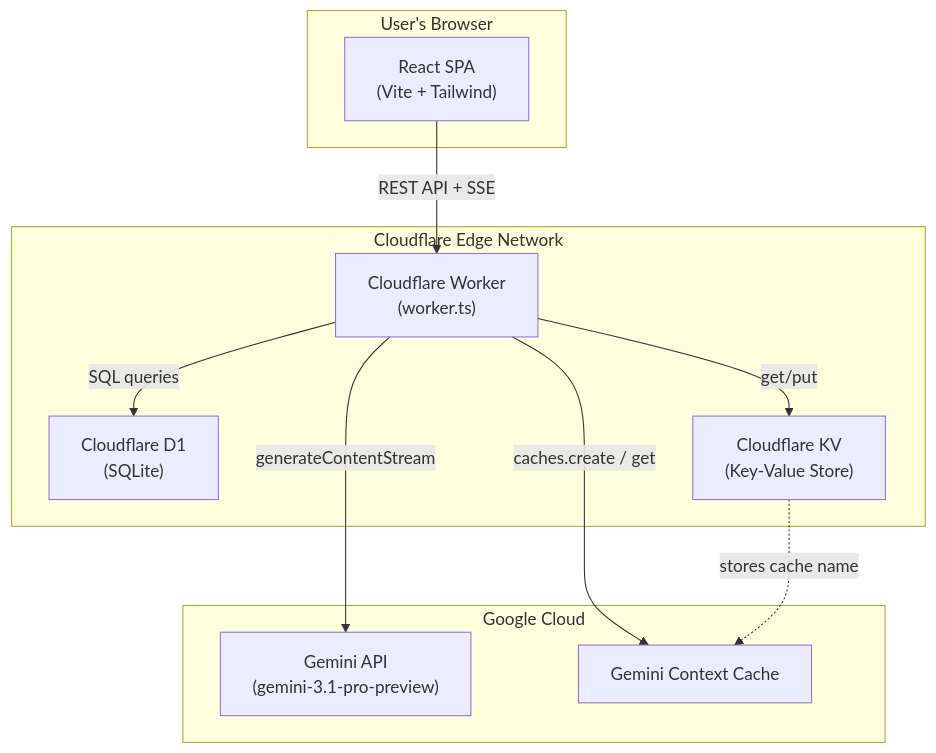
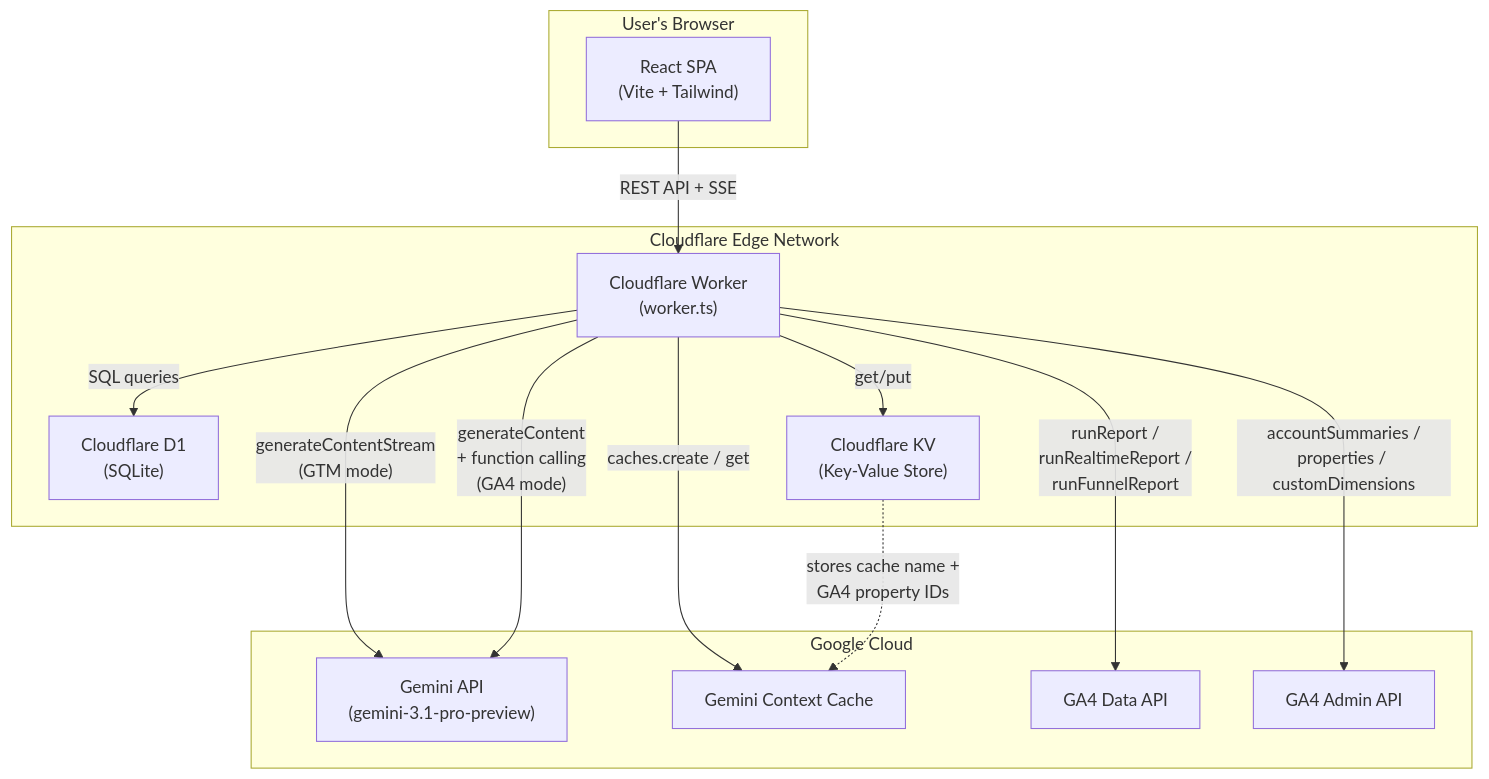
One commit to saif78642/gtm_audit changed the diagram in README.md. Above: the diagram before and after it, drawn with Mermaid. The commit also changed other lines of this file and 27 other files, not shown here.

Commit message:
chore: update application architecture, components, and documentation

````diff
--- a/README.md
+++ b/README.md
@@ -57,24 +92,29 @@
 ```mermaid
 graph TD
     subgraph "User's Browser"
         A["React SPA<br/>(Vite + Tailwind)"]
     end
 
     subgraph "Cloudflare Edge Network"
         B["Cloudflare Worker<br/>(worker.ts)"]
         C["Cloudflare D1<br/>(SQLite)"]
         D["Cloudflare KV<br/>(Key-Value Store)"]
     end
 
     subgraph "Google Cloud"
         E["Gemini API<br/>(gemini-3.1-pro-preview)"]
         F["Gemini Context Cache"]
+        G["GA4 Data API"]
+        H["GA4 Admin API"]
     end
 
     A -->|"REST API + SSE"| B
     B -->|"SQL queries"| C
     B -->|"get/put"| D
-    B -->|"generateContentStream"| E
+    B -->|"generateContentStream<br/>(GTM mode)"| E
+    B -->|"generateContent<br/>+ function calling<br/>(GA4 mode)"| E
     B -->|"caches.create / get"| F
-    D -.->|"stores cache name"| F
+    B -->|"runReport /<br/>runRealtimeReport /<br/>runFunnelReport"| G
+    B -->|"accountSummaries /<br/>properties / customDimensions"| H
+    D -.->|"stores cache name +<br/>GA4 property IDs"| F
 ```
````
